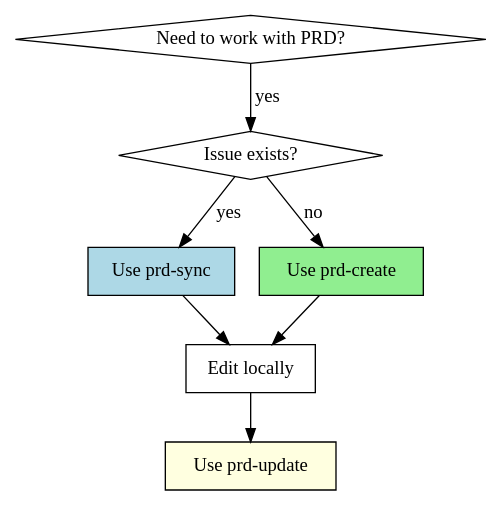
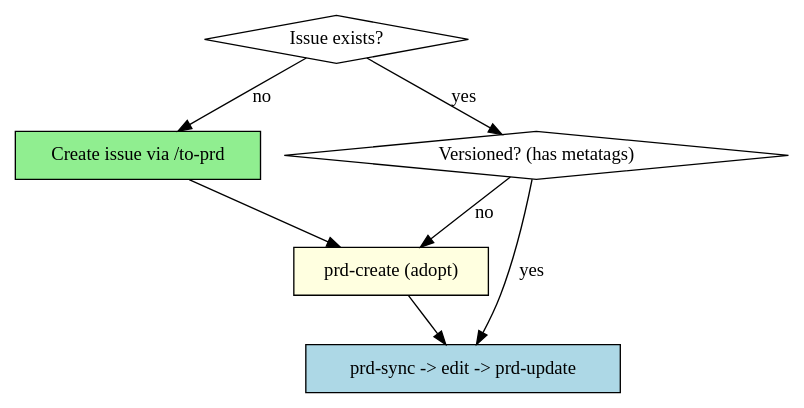
The diagram in SKILL.md (fafera/prd-versioning), drawn with Graphviz before and after one commit. The commit also changed other lines of this file and 8 other files, not shown here.

````diff
--- a/SKILL.md
+++ b/SKILL.md
@@ -24,17 +26,16 @@
 ```dot
 digraph prd_workflow {
-    "Need to work with PRD?" [shape=diamond];
     "Issue exists?" [shape=diamond];
-    "Use prd-sync" [shape=box, style=filled, fillcolor=lightblue];
-    "Use prd-create" [shape=box, style=filled, fillcolor=lightgreen];
-    "Edit locally" [shape=box];
-    "Use prd-update" [shape=box, style=filled, fillcolor=lightyellow];
+    "Create issue via /to-prd" [shape=box, style=filled, fillcolor=lightgreen];
+    "Versioned? (has metatags)" [shape=diamond];
+    "prd-create (adopt)" [shape=box, style=filled, fillcolor=lightyellow];
+    "prd-sync -> edit -> prd-update" [shape=box, style=filled, fillcolor=lightblue];
 
-    "Need to work with PRD?" -> "Issue exists?" [label="yes"];
-    "Issue exists?" -> "Use prd-sync" [label="yes"];
-    "Issue exists?" -> "Use prd-create" [label="no"];
-    "Use prd-sync" -> "Edit locally";
-    "Use prd-create" -> "Edit locally";
-    "Edit locally" -> "Use prd-update";
+    "Issue exists?" -> "Create issue via /to-prd" [label="no"];
+    "Create issue via /to-prd" -> "prd-create (adopt)";
+    "Issue exists?" -> "Versioned? (has metatags)" [label="yes"];
+    "Versioned? (has metatags)" -> "prd-create (adopt)" [label="no"];
+    "Versioned? (has metatags)" -> "prd-sync -> edit -> prd-update" [label="yes"];
+    "prd-create (adopt)" -> "prd-sync -> edit -> prd-update";
 }
 ```
````
